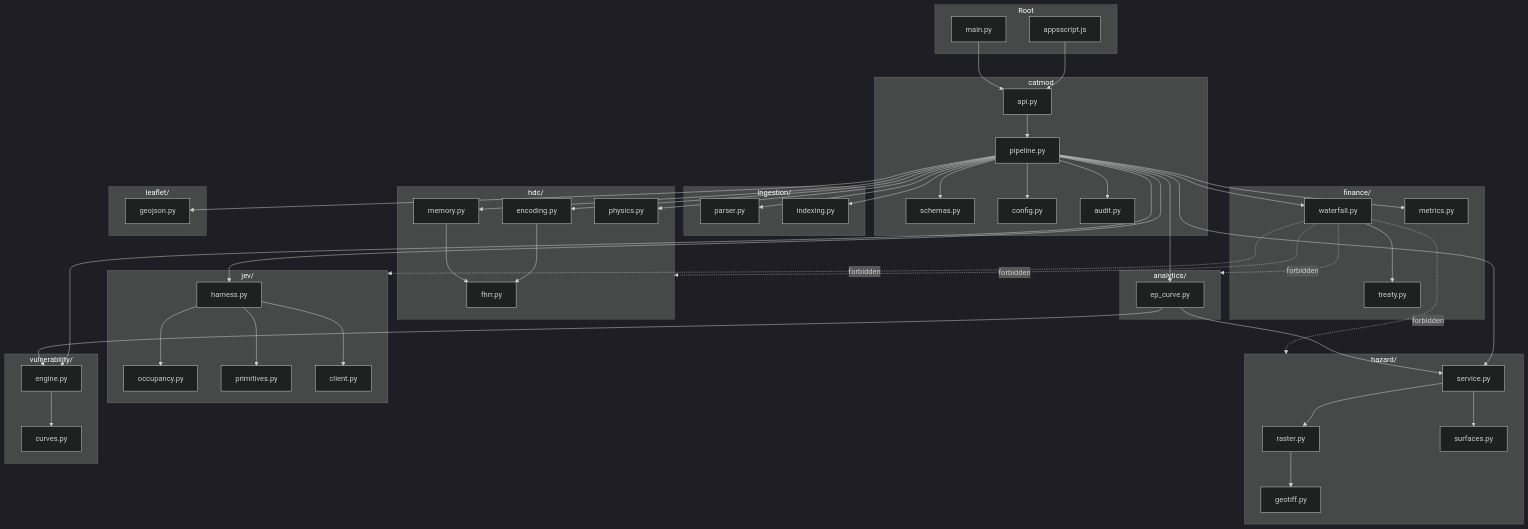
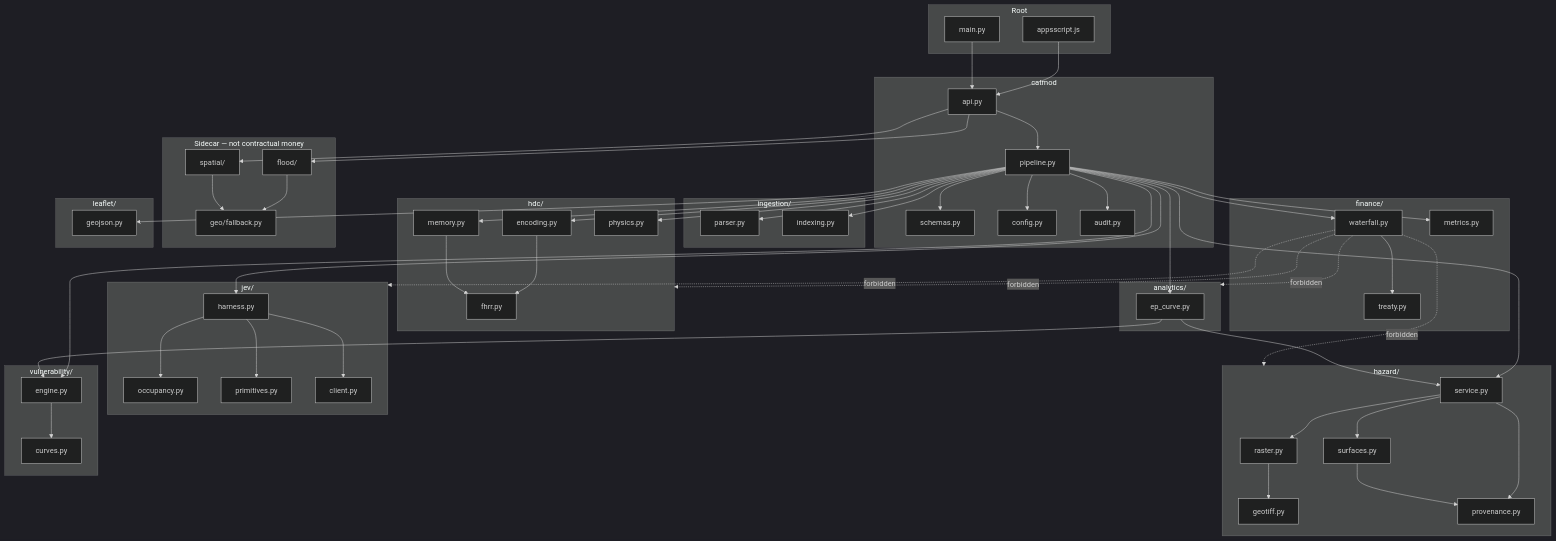
One commit to skanyingi/Alpha changed the fourth of 5 diagrams in ARCHITECTURE.md. Above: the diagram before and after it, drawn with Mermaid (dark theme). The commit also changed other lines of this file and 32 other files, not shown here.

```diff
--- a/ARCHITECTURE.md
+++ b/ARCHITECTURE.md
@@ -254,7 +261,14 @@
     raster[raster.py]
     geotiff[geotiff.py]
     surfaces[surfaces.py]
+    prov[provenance.py]
     hsvc[service.py]
+  end
+
+  subgraph side["Sidecar — not contractual money"]
+    flood[flood/]
+    fallback[geo/fallback.py]
+    spatial[spatial/]
   end
 
   subgraph vuln["vulnerability/"]
@@ -288,7 +302,13 @@
   pipe --> audit
   hsvc --> raster
   hsvc --> surfaces
+  hsvc --> prov
   raster --> geotiff
+  surfaces --> prov
+  api --> flood
+  api --> spatial
+  flood --> fallback
+  spatial --> fallback
   veng --> curves
   ep --> hsvc
   ep --> veng
```
